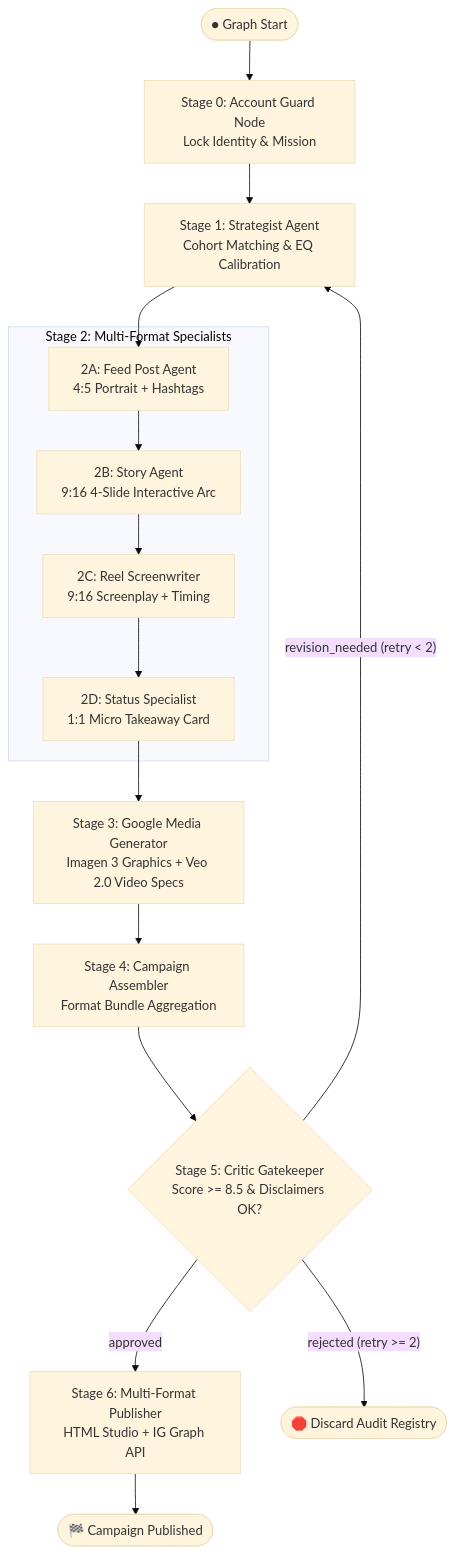
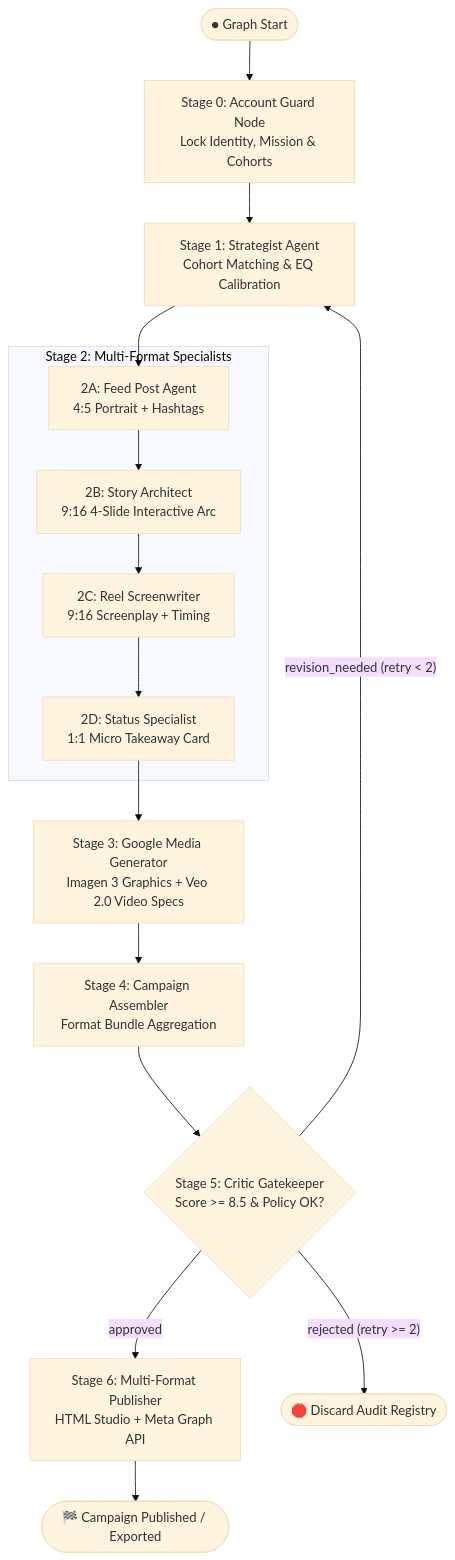
The diagram in INSTAGRAM_AGENT_SESSION_LOG.md (Maximus2301/Zentra-site), drawn with Mermaid (base theme) before and after one commit. The commit also changed other lines of this file and 24 other files, not shown here.

First line of the commit message:
fix: remediate ADK 2.0 Instagram campaign agent and enforce zero domain contamination

````diff
--- a/INSTAGRAM_AGENT_SESSION_LOG.md
+++ b/INSTAGRAM_AGENT_SESSION_LOG.md
@@ -85,26 +83,26 @@
 ```mermaid
 flowchart TD
-    START([● Graph Start]) --> S0[Stage 0: Account Guard Node\nLock Identity & Mission]
+    START([● Graph Start]) --> S0[Stage 0: Account Guard Node\nLock Identity, Mission & Cohorts]
     S0 --> S1[Stage 1: Strategist Agent\nCohort Matching & EQ Calibration]
     
     subgraph S2 [Stage 2: Multi-Format Specialists]
         S2A[2A: Feed Post Agent\n4:5 Portrait + Hashtags]
-        S2B[2B: Story Agent\n9:16 4-Slide Interactive Arc]
+        S2B[2B: Story Architect\n9:16 4-Slide Interactive Arc]
         S2C[2C: Reel Screenwriter\n9:16 Screenplay + Timing]
         S2D[2D: Status Specialist\n1:1 Micro Takeaway Card]
     end
     
     S1 --> S2A
     S2A --> S2B
     S2B --> S2C
     S2C --> S2D
     
     S2D --> S3[Stage 3: Google Media Generator\nImagen 3 Graphics + Veo 2.0 Video Specs]
     S3 --> S4[Stage 4: Campaign Assembler\nFormat Bundle Aggregation]
-    S4 --> S5{Stage 5: Critic Gatekeeper\nScore >= 8.5 & Disclaimers OK?}
+    S4 --> S5{Stage 5: Critic Gatekeeper\nScore >= 8.5 & Policy OK?}
     
-    S5 -- "approved" --> S6[Stage 6: Multi-Format Publisher\nHTML Studio + IG Graph API]
+    S5 -- "approved" --> S6[Stage 6: Multi-Format Publisher\nHTML Studio + Meta Graph API]
     S5 -- "revision_needed (retry < 2)" --> S1
     S5 -- "rejected (retry >= 2)" --> DISCARD([🛑 Discard Audit Registry])
-    S6 --> DONE([🏁 Campaign Published])
+    S6 --> DONE([🏁 Campaign Published / Exported])
 ```
````
